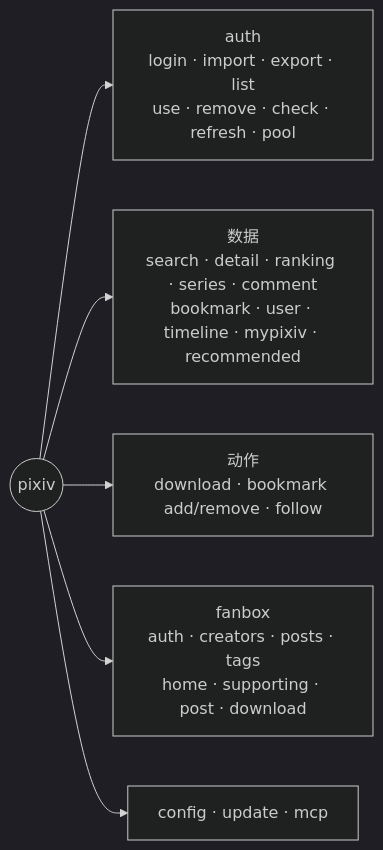
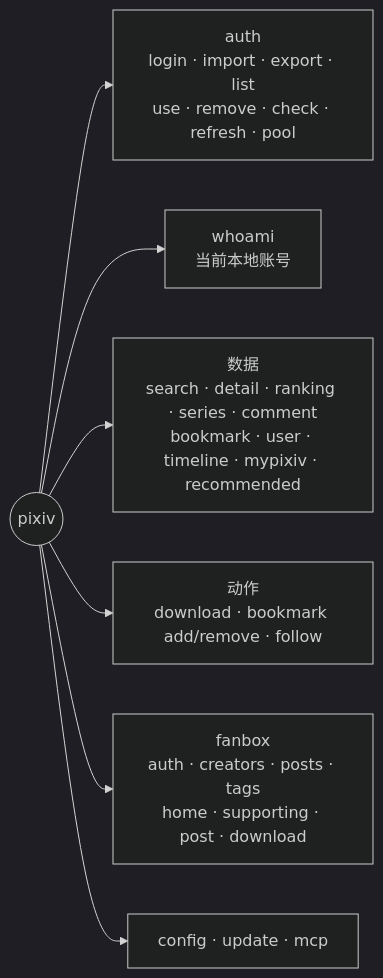
Before and after one commit to FlanChanXwO/pixiv-cli: the first of 5 diagrams in docs/zh-CN/cli-reference.md, drawn with Mermaid (dark theme). The commit also changed other lines of this file and 13 other files, not shown here.

````diff
--- a/docs/zh-CN/cli-reference.md
+++ b/docs/zh-CN/cli-reference.md
@@ -7,8 +7,9 @@
 ```mermaid
 flowchart LR
     P(("pixiv")) --> AUTH["auth<br/>login · import · export · list<br/>use · remove · check · refresh · pool"]
+    P --> WHO["whoami<br/>当前本地账号"]
     P --> DATA["数据<br/>search · detail · ranking · series · comment<br/>bookmark · user · timeline · mypixiv · recommended"]
     P --> ACT["动作<br/>download · bookmark add/remove · follow"]
     P --> FB["fanbox<br/>auth · creators · posts · tags<br/>home · supporting · post · download"]
     P --> SYS["config · update · mcp"]
 ```
````
